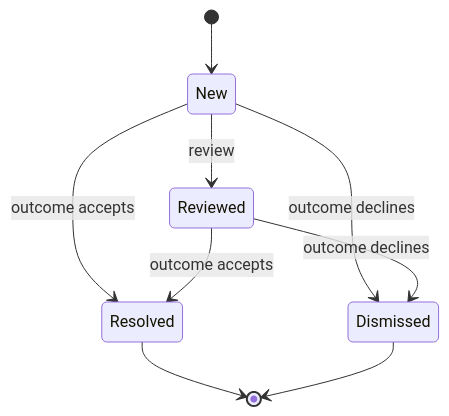
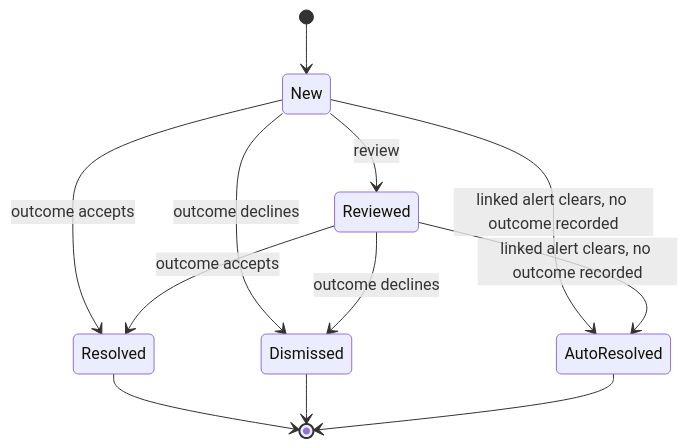
One commit to ceezey/PATHWAYS changed diagram 18 of 31 in docs/prd-pathways.md. Above: the diagram before and after it, drawn with Mermaid. The commit also changed other lines of this file and 5 other files, not shown here.

````diff
--- a/docs/prd-pathways.md
+++ b/docs/prd-pathways.md
@@ -1331,12 +1333,15 @@
 ```mermaid
 stateDiagram-v2
   %% Decline and Escalate record an outcome and leave status unchanged
   [*] --> New
   New --> Reviewed: review
   New --> Resolved: outcome accepts
   Reviewed --> Resolved: outcome accepts
   New --> Dismissed: outcome declines
   Reviewed --> Dismissed: outcome declines
+  New --> AutoResolved: linked alert clears, no outcome recorded
+  Reviewed --> AutoResolved: linked alert clears, no outcome recorded
   Resolved --> [*]
   Dismissed --> [*]
+  AutoResolved --> [*]
 ```
````
